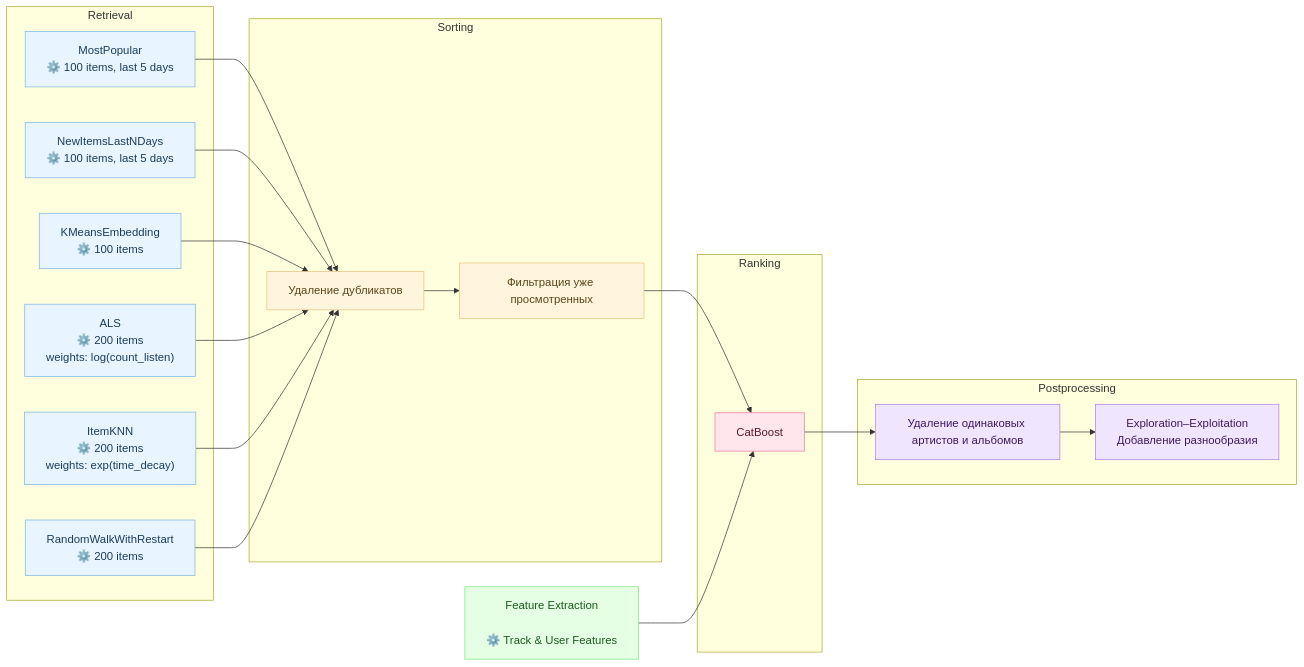
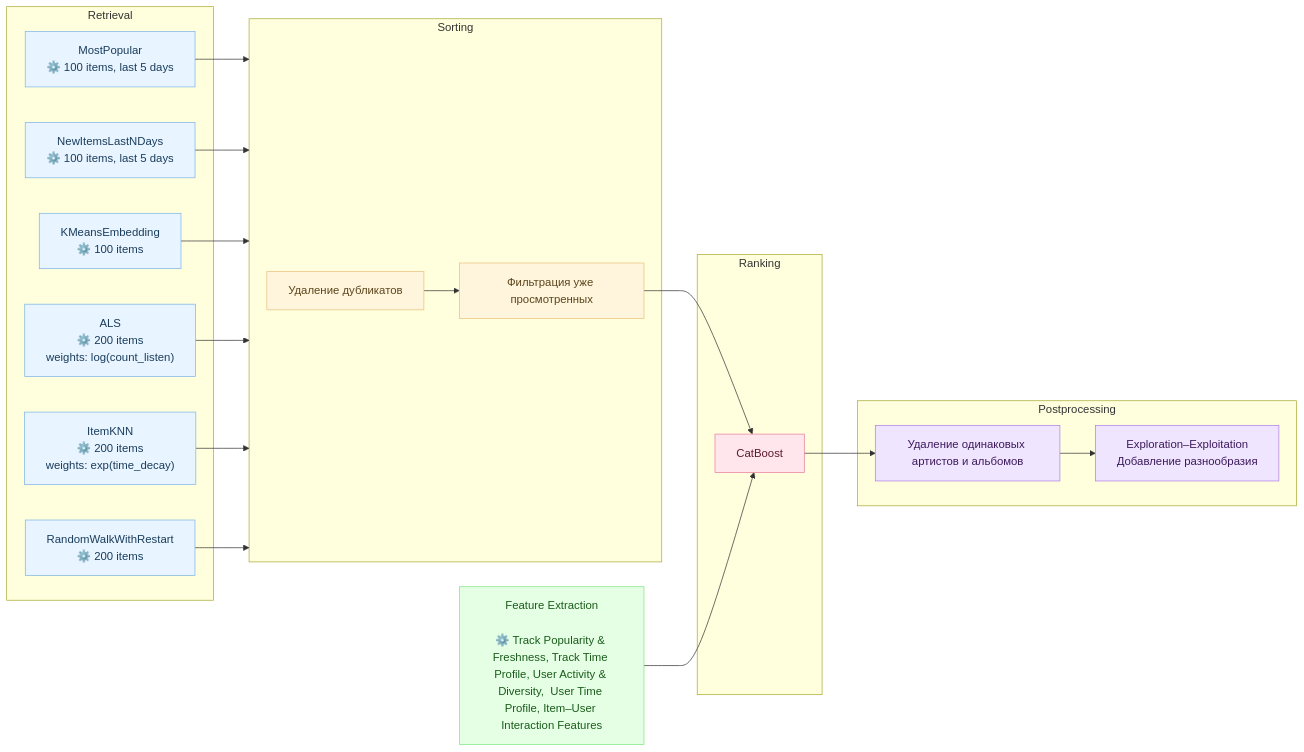
One commit to Nastasy822/music-recommendation-experiments changed the second of 2 diagrams in README.md. Above: the diagram before and after it, drawn with Mermaid. The commit also changed other lines of this file, not shown here.

Commit message:
docs(readme): update diagram

````diff
--- a/README.md
+++ b/README.md
@@ -180,61 +180,61 @@
 ```mermaid
 flowchart LR
 
     %% === Retrieval Models ===
     subgraph RETRIEVAL ["Retrieval"]
         PopAll["MostPopular<br/>⚙️ 100 items, last 5 days"]
         PopUser["NewItemsLastNDays<br/>⚙️ 100 items, last 5 days"]
         SIM["KMeansEmbedding<br/>⚙️ 100 items"]
         ITEMKNN["ItemKNN<br/>⚙️ 200 items<br/>weights: exp(time_decay)"]
         GRAPH["RandomWalkWithRestart<br/>⚙️ 200 items"]
         ALS["ALS<br/>⚙️ 200 items<br/>weights: log(count_listen)"]
     end
 
     %% === Sorting Stage ===
     subgraph SORTING ["Sorting"]
         DUBLICATE["Удаление дубликатов"]
         FILTER["Фильтрация уже просмотренных"]
     end
 
     %% === Ranking Stage ===
     subgraph RANKING ["Ranking"]
         RANK["CatBoost"]
     end
 
     %% === Postprocessing Stage ===
     subgraph POSTPROCESS ["Postprocessing"]
         ARTIST_FILTER["Удаление одинаковых артистов и альбомов"]
         EXPLORATION["Exploration–Exploitation<br/>Добавление разнообразия"]
     end
 
     %% === Feature Extraction ===
-    FEATS["Feature Extraction<br><br>⚙️ Track & User Features"]
+    FEATS["Feature Extraction<br><br>⚙️ Track Popularity & Freshness, Track Time Profile, User Activity & Diversity,  User Time Profile, Item–User Interaction Features"]
 
     %% === Data Flows ===
-    PopAll --> DUBLICATE
-    PopUser --> DUBLICATE
-    SIM --> DUBLICATE
-    ALS --> DUBLICATE
-    ITEMKNN --> DUBLICATE
-    GRAPH --> DUBLICATE
+    PopAll --> SORTING
+    PopUser --> SORTING
+    SIM --> SORTING
+    ALS --> SORTING
+    ITEMKNN --> SORTING
+    GRAPH --> SORTING
 
     DUBLICATE --> FILTER
     FILTER --> RANK
     FEATS --> RANK
 
     RANK --> ARTIST_FILTER
     ARTIST_FILTER --> EXPLORATION
 
     %% === Styles ===
     classDef retrieval fill:#e8f4ff,stroke:#7db4e6,color:#1a3d5c;
     classDef sorting fill:#fff5dd,stroke:#e6c27d,color:#5c451a;
     classDef ranking fill:#ffe6ec,stroke:#e67d9c,color:#5c1a2f;
     classDef postprocess fill:#f0e5ff,stroke:#b07de6,color:#3d1a5c;
     classDef features fill:#e5ffe5,stroke:#7de67d,color:#1a5c1a;
 
     class PopAll,PopUser,SIM,ALS,ITEMKNN,GRAPH retrieval;
     class FILTER,DUBLICATE sorting;
     class RANK ranking;
     class ARTIST_FILTER,EXPLORATION postprocess;
     class FEATS features;
 ```
````
